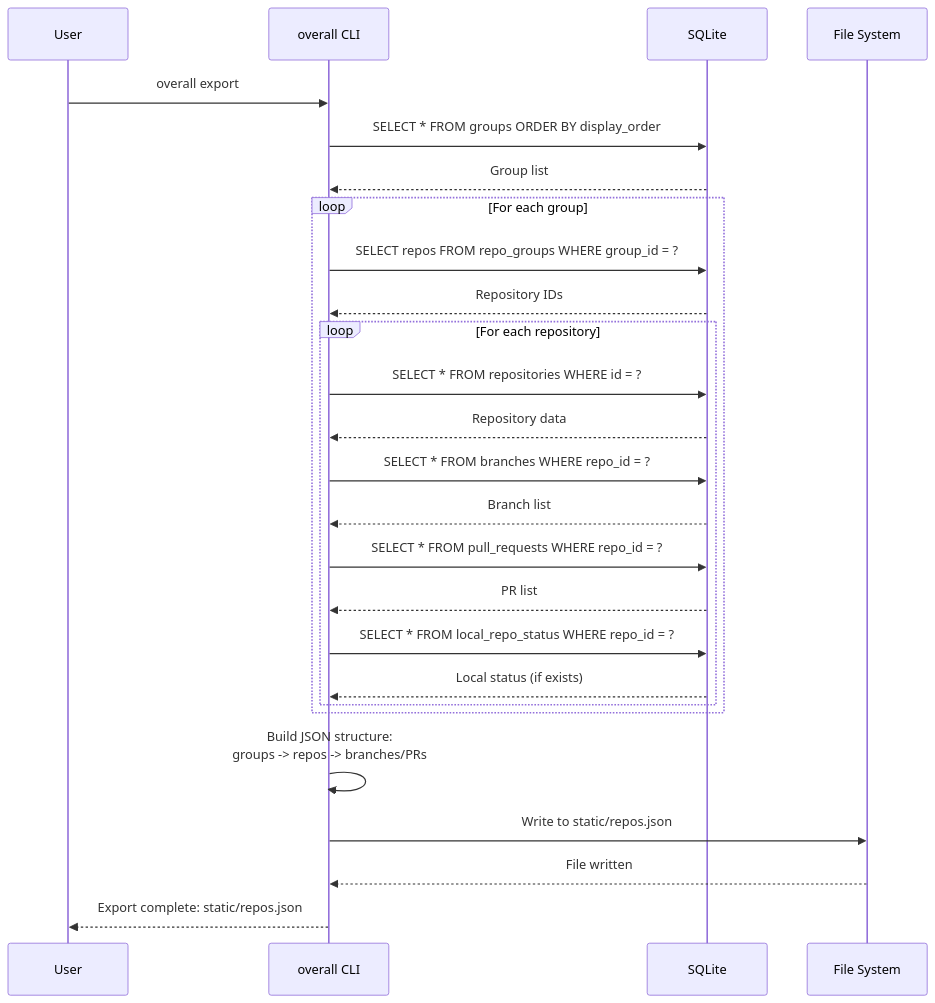
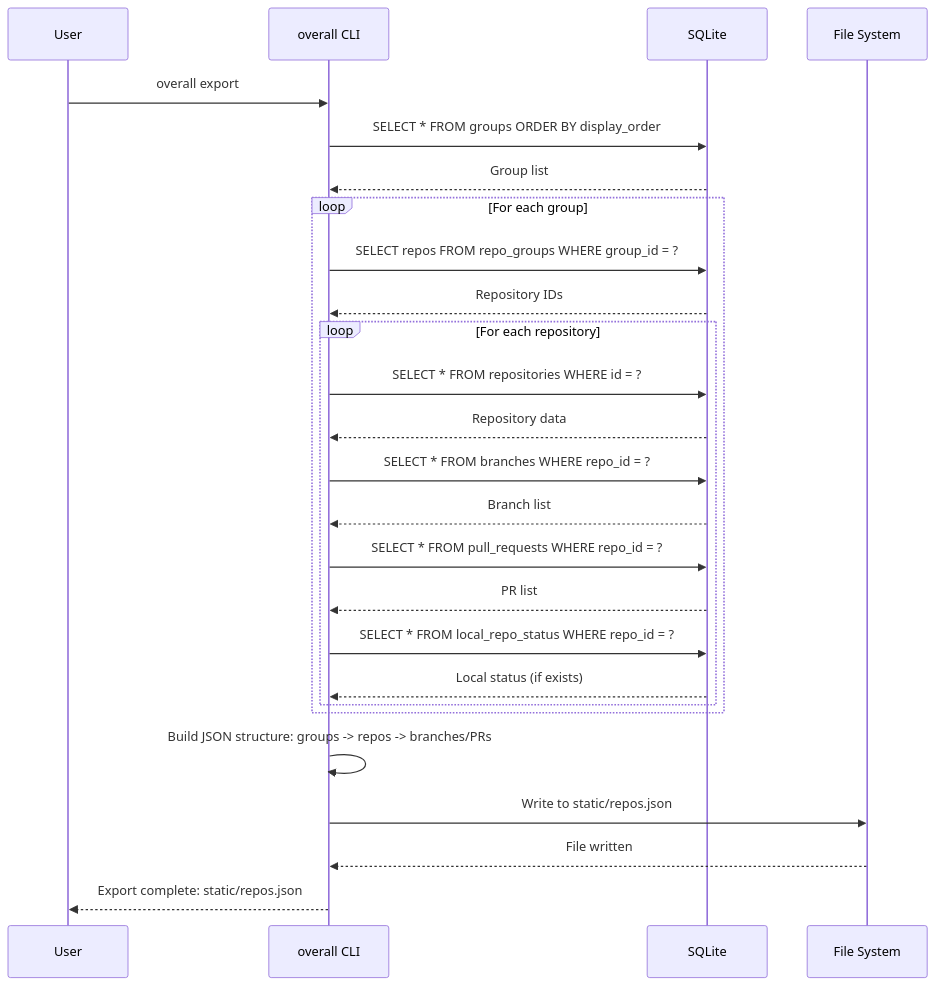
The second of 12 diagrams in wiki/Data-Flow.md (softwarewrighter/overall), drawn with Mermaid before and after one commit. The commit also changed other lines of this file and 4 other files, not shown here.

First line of the commit message:
Fix wiki Mermaid diagrams: remove <br/> tags

````diff
--- a/wiki/Data-Flow.md
+++ b/wiki/Data-Flow.md
@@ -78,35 +78,35 @@
 ```mermaid
 sequenceDiagram
     participant User
     participant CLI as overall CLI
     participant DB as SQLite
     participant FS as File System
 
     User->>CLI: overall export
     CLI->>DB: SELECT * FROM groups ORDER BY display_order
     DB-->>CLI: Group list
 
     loop For each group
         CLI->>DB: SELECT repos FROM repo_groups WHERE group_id = ?
         DB-->>CLI: Repository IDs
 
         loop For each repository
             CLI->>DB: SELECT * FROM repositories WHERE id = ?
             DB-->>CLI: Repository data
 
             CLI->>DB: SELECT * FROM branches WHERE repo_id = ?
             DB-->>CLI: Branch list
 
             CLI->>DB: SELECT * FROM pull_requests WHERE repo_id = ?
             DB-->>CLI: PR list
 
             CLI->>DB: SELECT * FROM local_repo_status WHERE repo_id = ?
             DB-->>CLI: Local status (if exists)
         end
     end
 
-    CLI->>CLI: Build JSON structure:<br/>groups -> repos -> branches/PRs
+    CLI->>CLI: Build JSON structure: groups -> repos -> branches/PRs
     CLI->>FS: Write to static/repos.json
     FS-->>CLI: File written
     CLI-->>User: Export complete: static/repos.json
 ```
````
